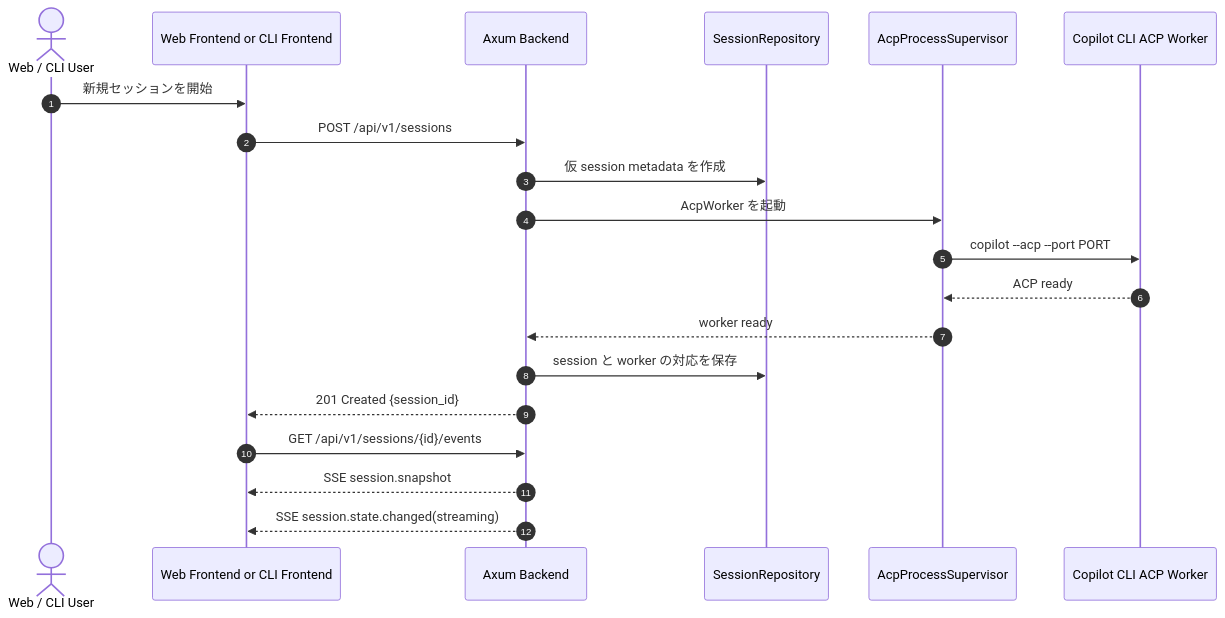
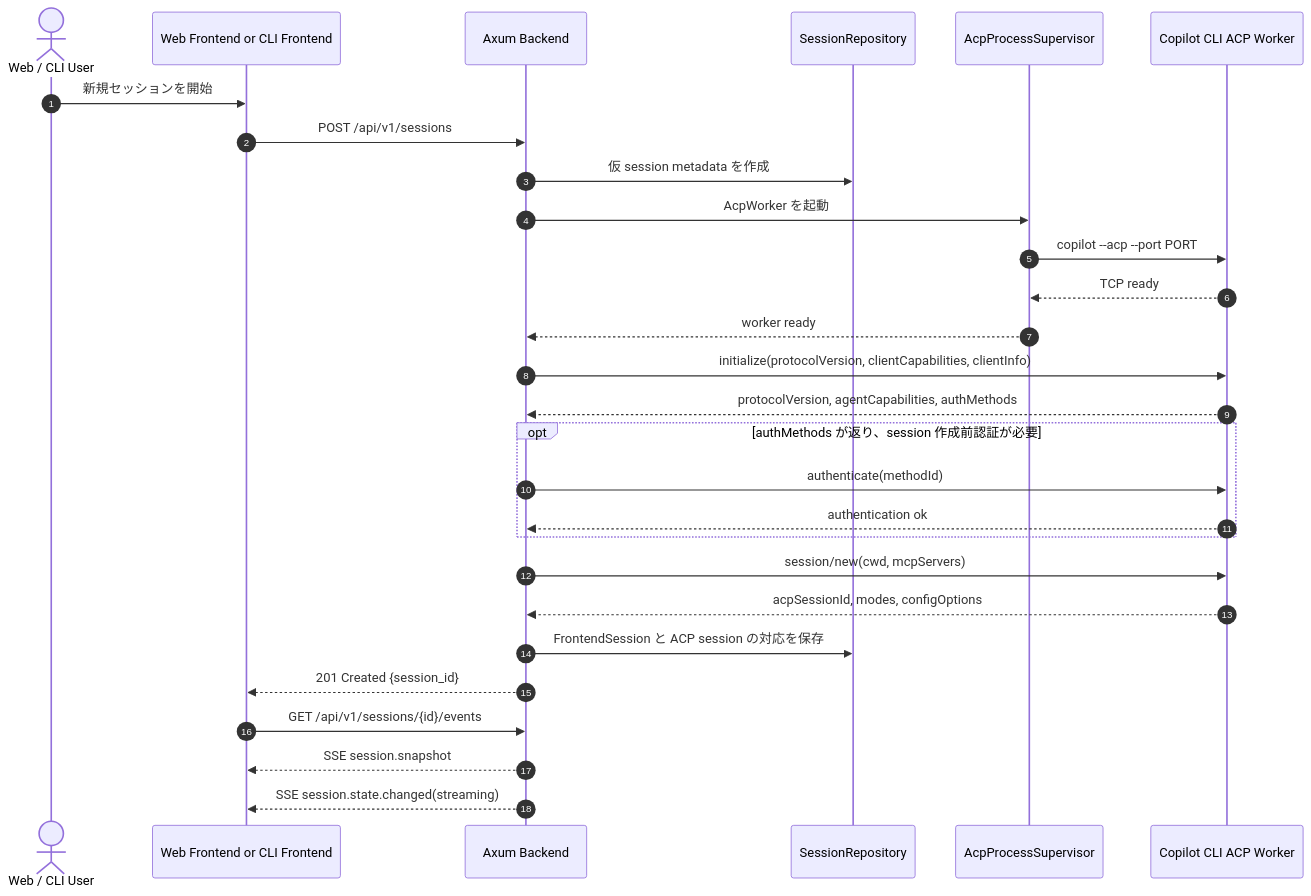
One commit to chalharu/copilot-sandbox-container changed the sixth of 11 diagrams in docs/explanation/acp-web-cli-architecture.md. Above: the diagram before and after it, drawn with Mermaid. The commit also changed other lines of this file, not shown here.

Commit message:
docs(explanation): align ACP session flow and completion

````diff
--- a/docs/explanation/acp-web-cli-architecture.md
+++ b/docs/explanation/acp-web-cli-architecture.md
@@ -337,23 +338,33 @@
 ```mermaid
 sequenceDiagram
     autonumber
     actor User as Web / CLI User
     participant Frontend as Web Frontend or CLI Frontend
     participant Backend as Axum Backend
     participant SessionRepo as SessionRepository
     participant Supervisor as AcpProcessSupervisor
     participant Worker as Copilot CLI ACP Worker
 
     User->>Frontend: 新規セッションを開始
     Frontend->>Backend: POST /api/v1/sessions
     Backend->>SessionRepo: 仮 session metadata を作成
     Backend->>Supervisor: AcpWorker を起動
     Supervisor->>Worker: copilot --acp --port PORT
-    Worker-->>Supervisor: ACP ready
+    Worker-->>Supervisor: TCP ready
     Supervisor-->>Backend: worker ready
-    Backend->>SessionRepo: session と worker の対応を保存
+    Backend->>Worker: initialize(protocolVersion, clientCapabilities, clientInfo)
+    Worker-->>Backend: protocolVersion, agentCapabilities, authMethods
+
+    opt authMethods が返り、session 作成前認証が必要
+        Backend->>Worker: authenticate(methodId)
+        Worker-->>Backend: authentication ok
+    end
+
+    Backend->>Worker: session/new(cwd, mcpServers)
+    Worker-->>Backend: acpSessionId, modes, configOptions
+    Backend->>SessionRepo: FrontendSession と ACP session の対応を保存
     Backend-->>Frontend: 201 Created {session_id}
     Frontend->>Backend: GET /api/v1/sessions/{id}/events
     Backend-->>Frontend: SSE session.snapshot
     Backend-->>Frontend: SSE session.state.changed(streaming)
 ```
````
